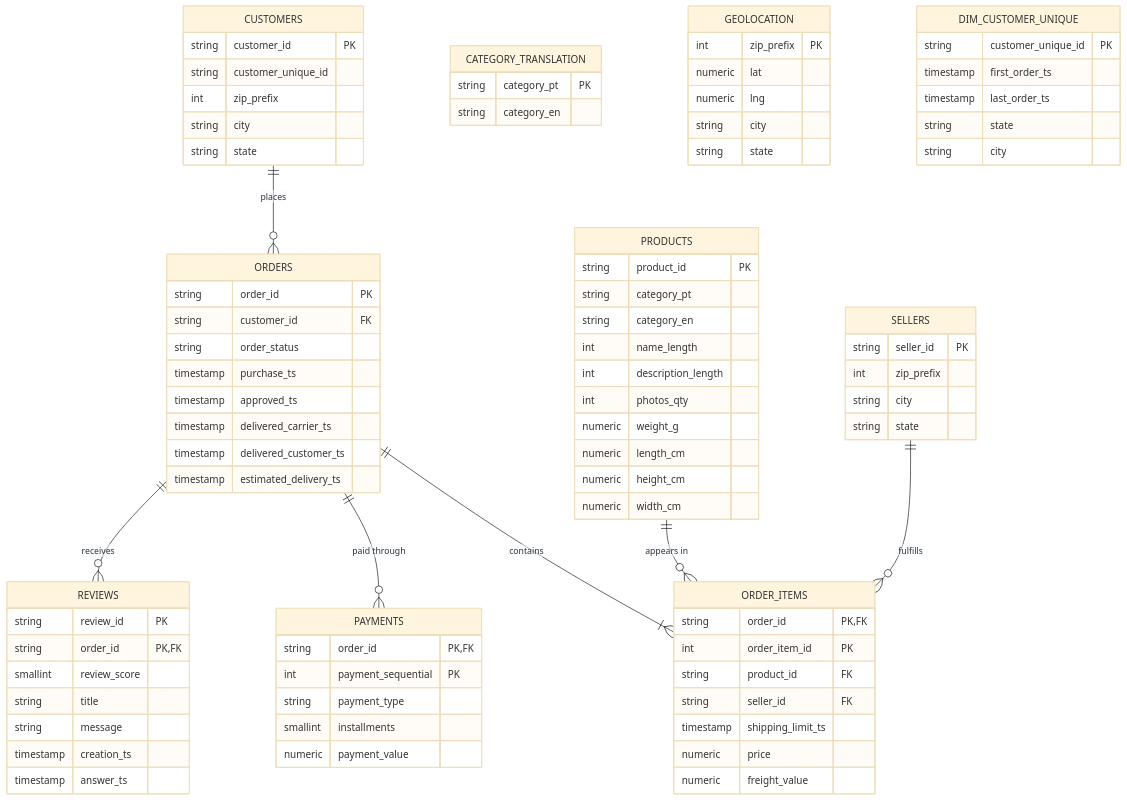
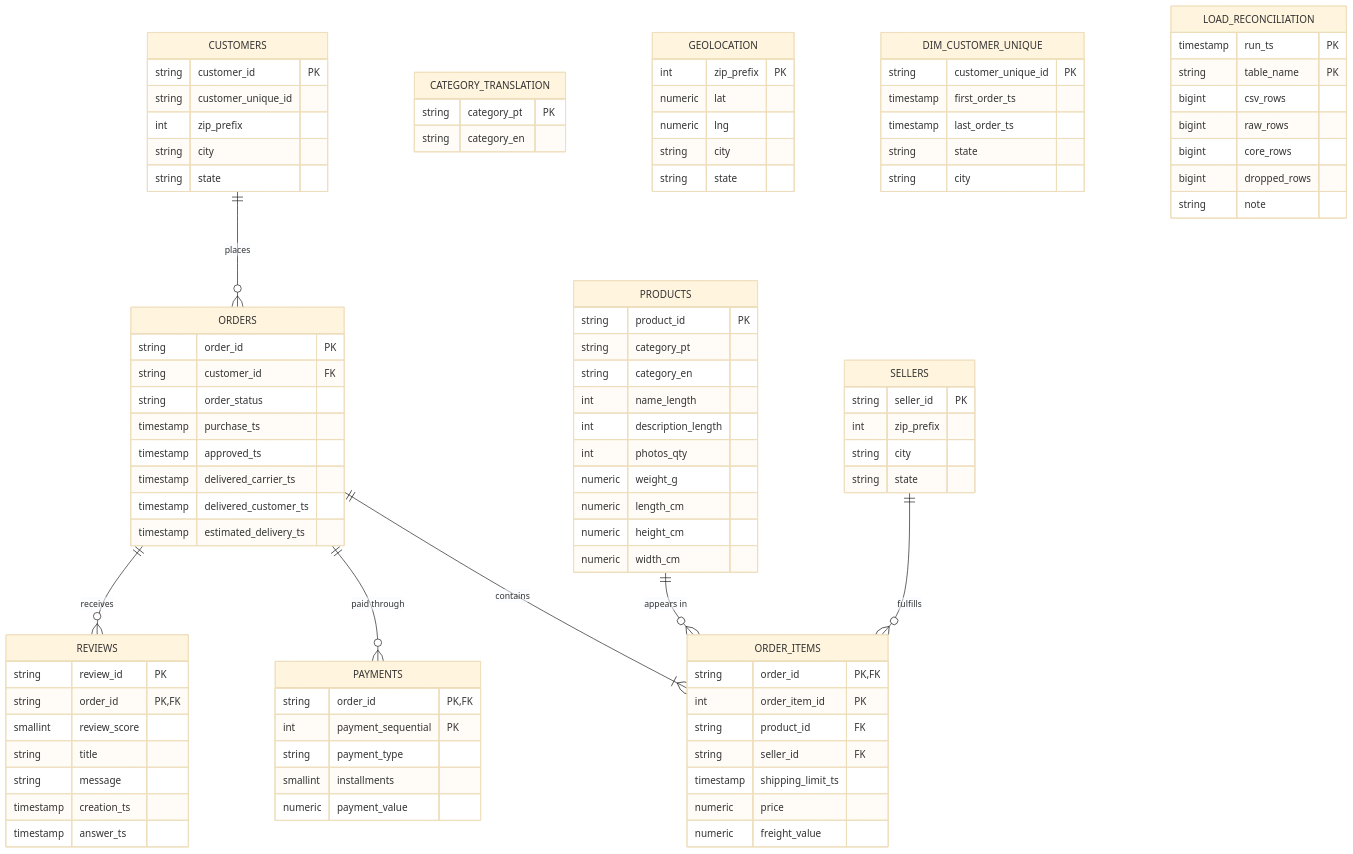
Before and after one commit to krishan1011/Ecommerce_Customer_Intelligence: the diagram in docs/er_diagram.md, drawn with Mermaid (base theme). The commit also changed 9 other files, not shown here.

Commit message:
Phase 3: idempotent load and reconciliation

````diff
--- a/docs/er_diagram.md
+++ b/docs/er_diagram.md
@@ -96,4 +96,14 @@
         string state
         string city
     }
+
+    LOAD_RECONCILIATION {
+        timestamp run_ts PK
+        string table_name PK
+        bigint csv_rows
+        bigint raw_rows
+        bigint core_rows
+        bigint dropped_rows
+        string note
+    }
 ```
````
